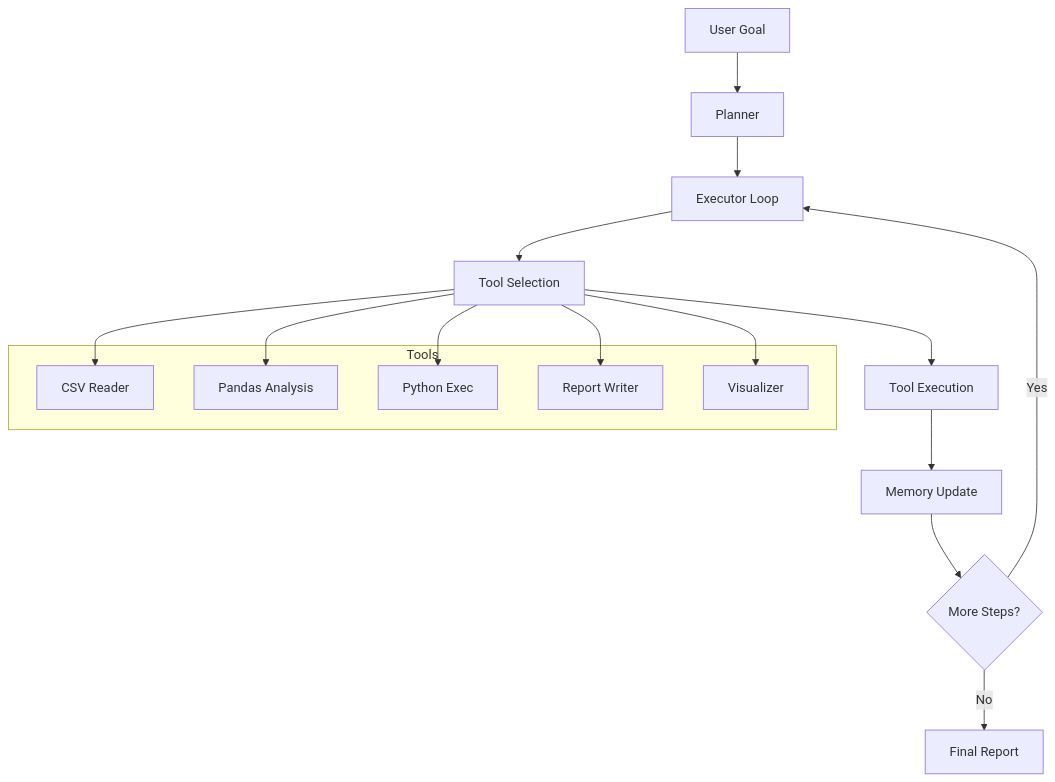
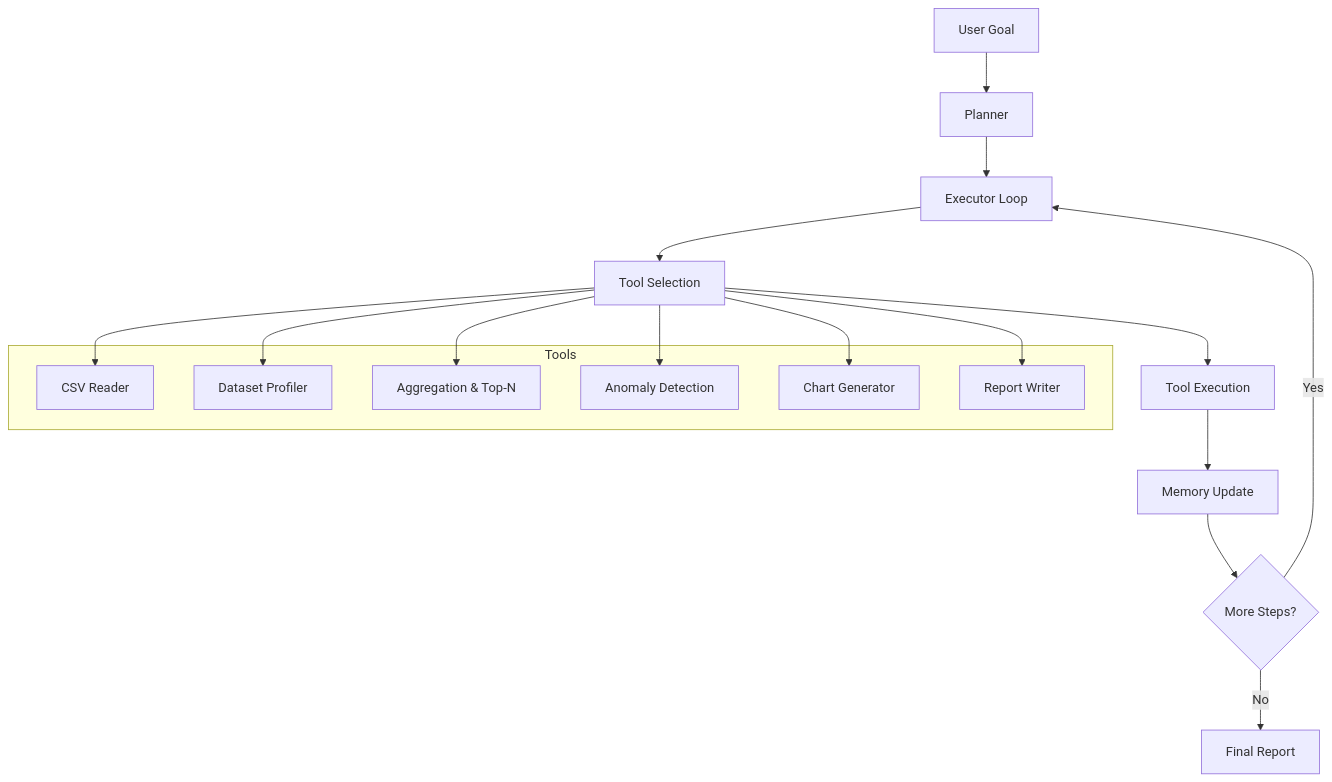
The diagram in README.md (DevNexuz/DevNexuz-AI-Operations-Agent), drawn with Mermaid before and after one commit. The commit also changed 6 other files, not shown here.

````diff
--- a/README.md
+++ b/README.md
@@ -46,25 +46,27 @@
 ```mermaid
 graph TD
     A[User Goal] --> B[Planner]
     B --> C[Executor Loop]
     C --> D[Tool Selection]
     D --> E[Tool Execution]
     E --> F[Memory Update]
     F --> G{More Steps?}
     G -->|Yes| C
     G -->|No| H[Final Report]
     
     subgraph "Tools"
         I[CSV Reader]
-        J[Pandas Analysis]
-        K[Python Exec]
-        L[Report Writer]
-        M[Visualizer]
+        J[Dataset Profiler]
+        K[Aggregation & Top-N]
+        L[Anomaly Detection]
+        M[Chart Generator]
+        N[Report Writer]
     end
     
     D --> I
     D --> J
     D --> K
     D --> L
     D --> M
+    D --> N
 ```
````
